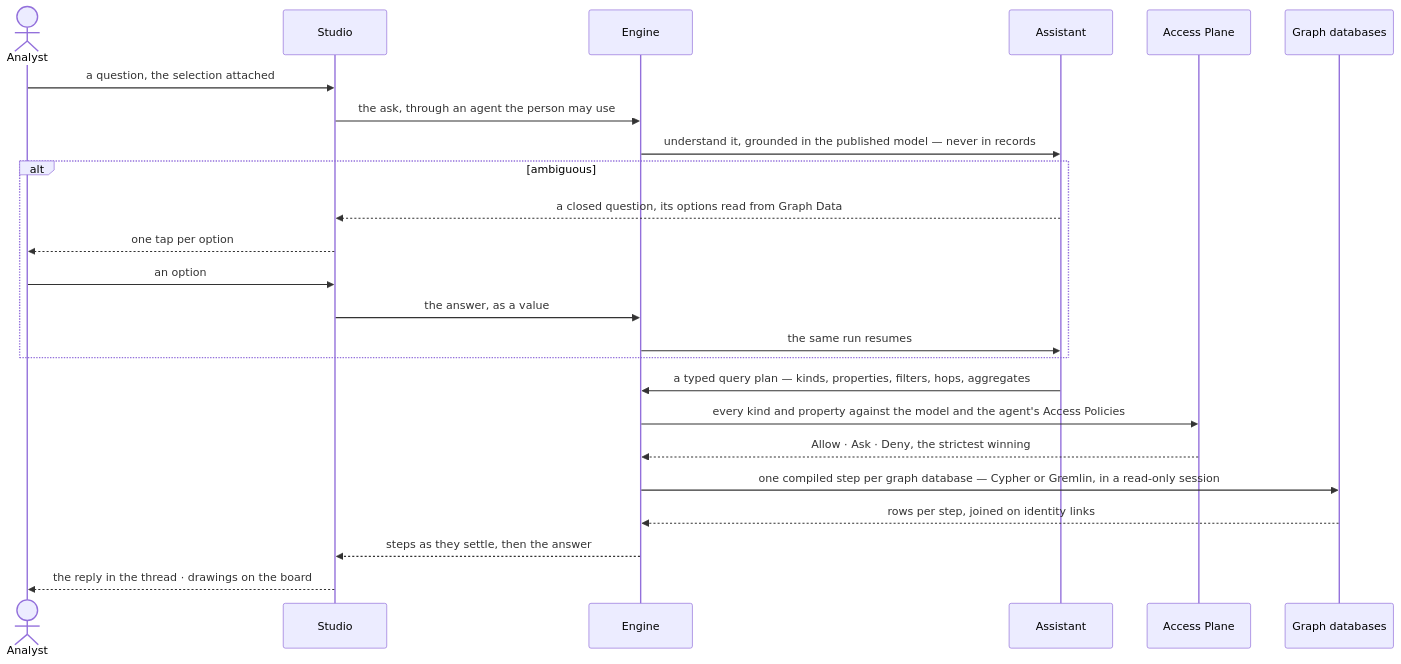
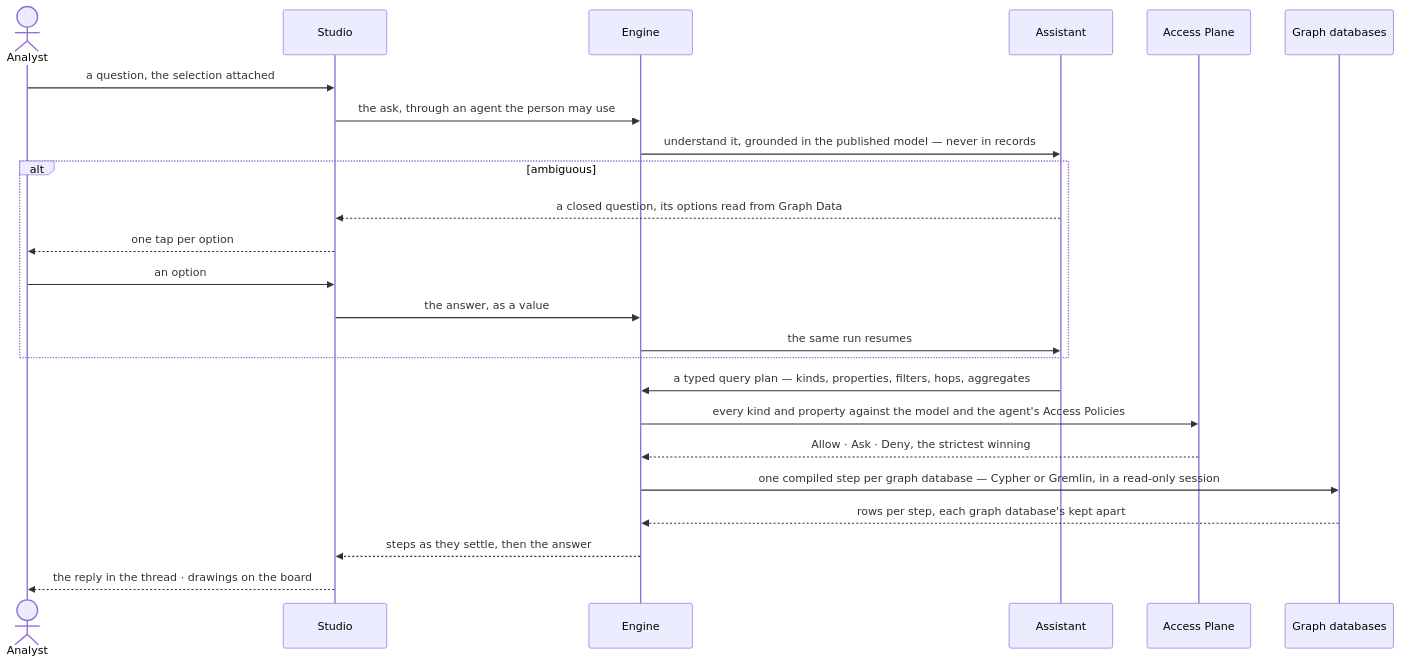
The second of 2 diagrams in specs/capabilities/explore/features/EX-F03-ask-a-question/feature.md (invana/invana), drawn with Mermaid before and after one commit. The commit also changed other lines of this file and 54 other files, not shown here.

First line of the commit message:
docs(specs): many graph databases by access, links within one database, Model views restored

````diff
--- a/specs/capabilities/explore/features/EX-F03-ask-a-question/feature.md
+++ b/specs/capabilities/explore/features/EX-F03-ask-a-question/feature.md
@@ -60,26 +61,26 @@
 ```mermaid
 sequenceDiagram
   actor P as Analyst
   participant S as Studio
   participant E as Engine
   participant A as Assistant
   participant X as Access Plane
   participant D as Graph databases
   P->>S: a question, the selection attached
   S->>E: the ask, through an agent the person may use
   E->>A: understand it, grounded in the published model — never in records
   alt ambiguous
     A-->>S: a closed question, its options read from Graph Data
     S-->>P: one tap per option
     P->>S: an option
     S->>E: the answer, as a value
     E->>A: the same run resumes
   end
   A->>E: a typed query plan — kinds, properties, filters, hops, aggregates
   E->>X: every kind and property against the model and the agent's Access Policies
   X-->>E: Allow · Ask · Deny, the strictest winning
   E->>D: one compiled step per graph database — Cypher or Gremlin, in a read-only session
-  D-->>E: rows per step, joined on identity links
+  D-->>E: rows per step, each graph database's kept apart
   E-->>S: steps as they settle, then the answer
   S-->>P: the reply in the thread · drawings on the board
 ```
````
